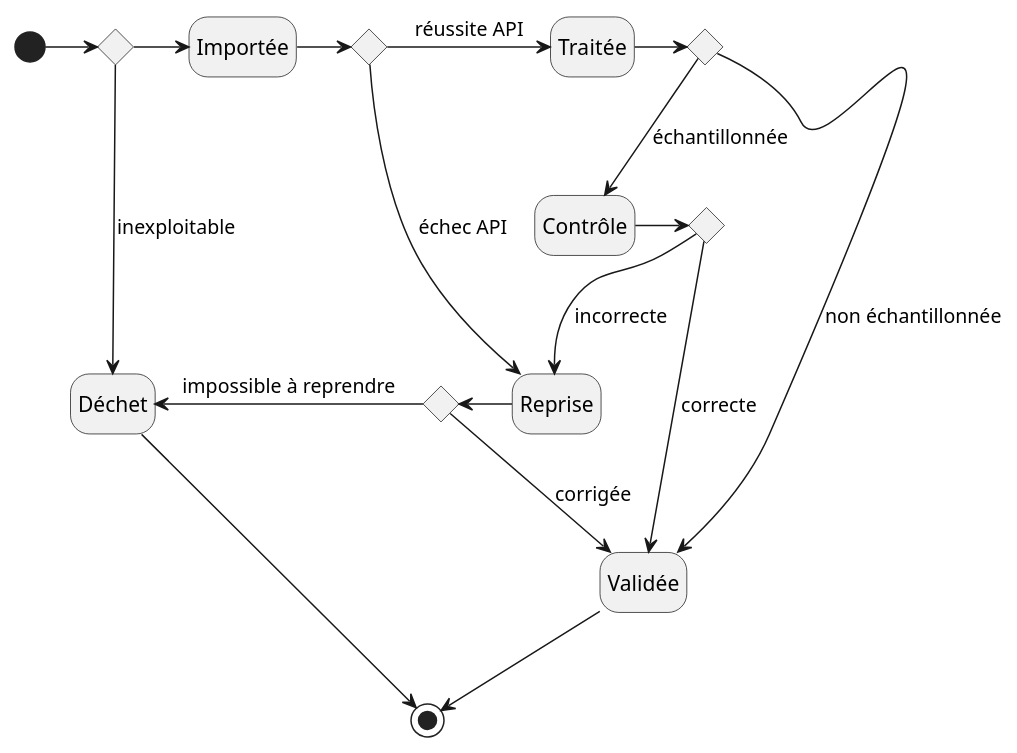
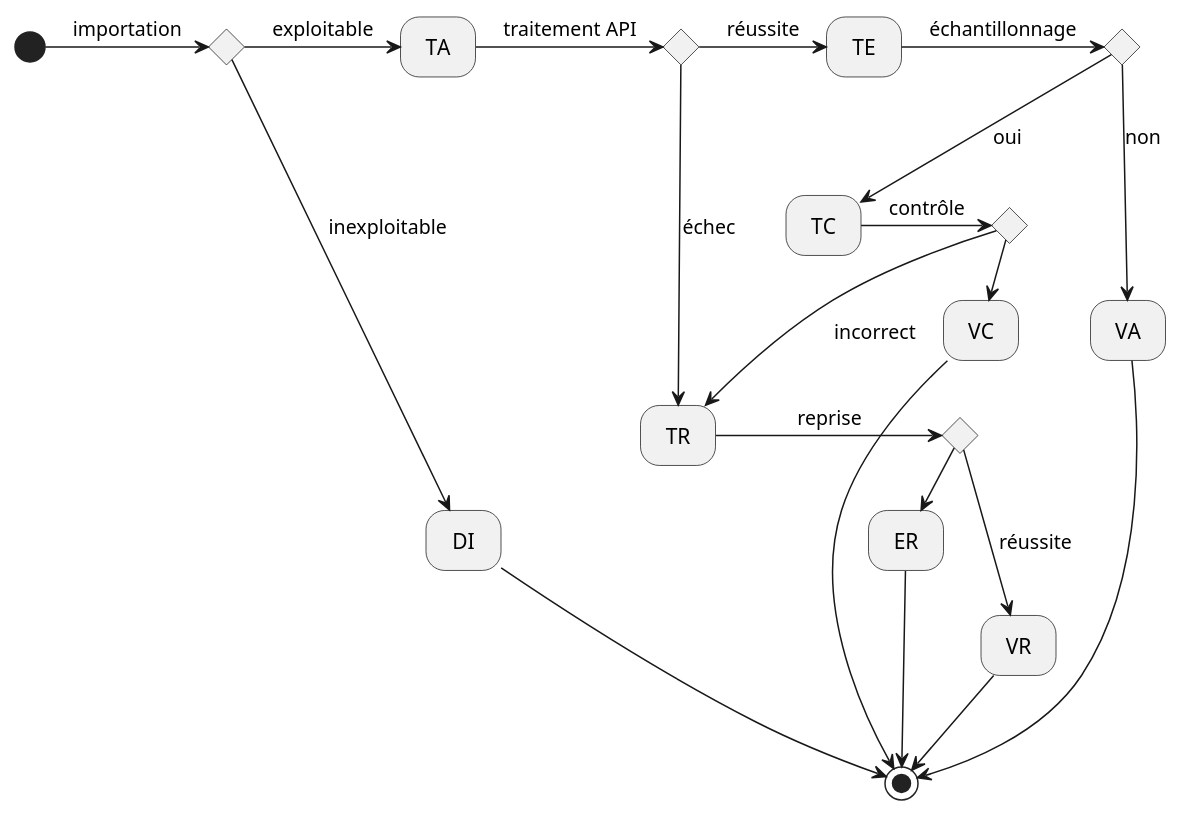
One commit to itsame-mcl/PSyCoQuAC changed the diagram in uml/diag_etat_FA.puml. Above: the diagram before and after it, drawn with PlantUML.

Commit message:
MAJ UML Etat suite à réunion

```diff
--- a/uml/diag_etat_FA.puml
+++ b/uml/diag_etat_FA.puml
@@ -1,26 +1,29 @@
 @startuml "uml_etat"
 hide empty description
 state imp <<choice>>
 state api <<choice>>
 state ech <<choice>>
 state ctr <<choice>>
 state rep <<choice>>
 
-[*] -> imp
-imp -> Importée
-imp --> Déchet : inexploitable
-Importée -> api
-api -> Traitée : réussite API
-Traitée -> ech
-api --> Reprise : échec API
-ech -> Validée : non échantillonnée
-ech --> Contrôle : échantillonnée
-Contrôle -> ctr
-ctr -> Validée : correcte
-ctr --> Reprise : incorrecte
-Reprise -> rep
-rep --> Validée : corrigée
-rep -> Déchet : impossible à reprendre
-Validée --> [*]
-Déchet --> [*]
+[*] -> imp : importation
+imp -> TA : exploitable
+imp --> DI : inexploitable
+TA -> api : traitement API
+api -> TE : réussite
+TE -> ech : échantillonnage
+api --> TR : échec
+ech --> VA : non
+ech --> TC : oui
+TC -> ctr : contrôle
+ctr -> VC : correct
+ctr --> TR : incorrect
+TR -> rep : reprise
+rep --> VR : réussite
+rep -> ER : échec
+VA --> [*]
+VC --> [*]
+VR --> [*]
+ER --> [*]
+DI --> [*]
 @enduml
```
